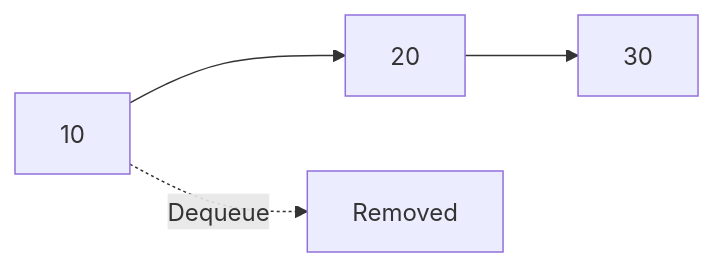
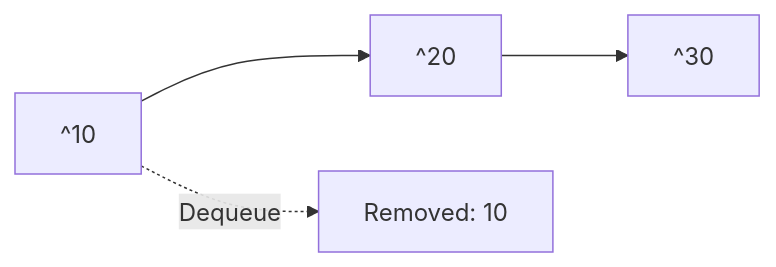
The second of 3 diagrams in src/modules/algorithm/seed/algorithms/queue/lessons/002_queue_operations.md (ClaudiuBogdan/musclecode-backend-main-service), drawn with Mermaid before and after one commit. The commit also changed other lines of this file and 5 other files, not shown here.

````diff
--- a/src/modules/algorithm/seed/algorithms/queue/lessons/002_queue_operations.md
+++ b/src/modules/algorithm/seed/algorithms/queue/lessons/002_queue_operations.md
@@ -28,5 +23,5 @@
 ```mermaid
 graph LR
-    A[10] --> B[20] --> C[30]
-    A -. Dequeue .-> D[Removed]
+    A[^10] --> B[^20] --> C[^30]
+    A -. Dequeue .-> D[Removed: 10]
 ```
````
